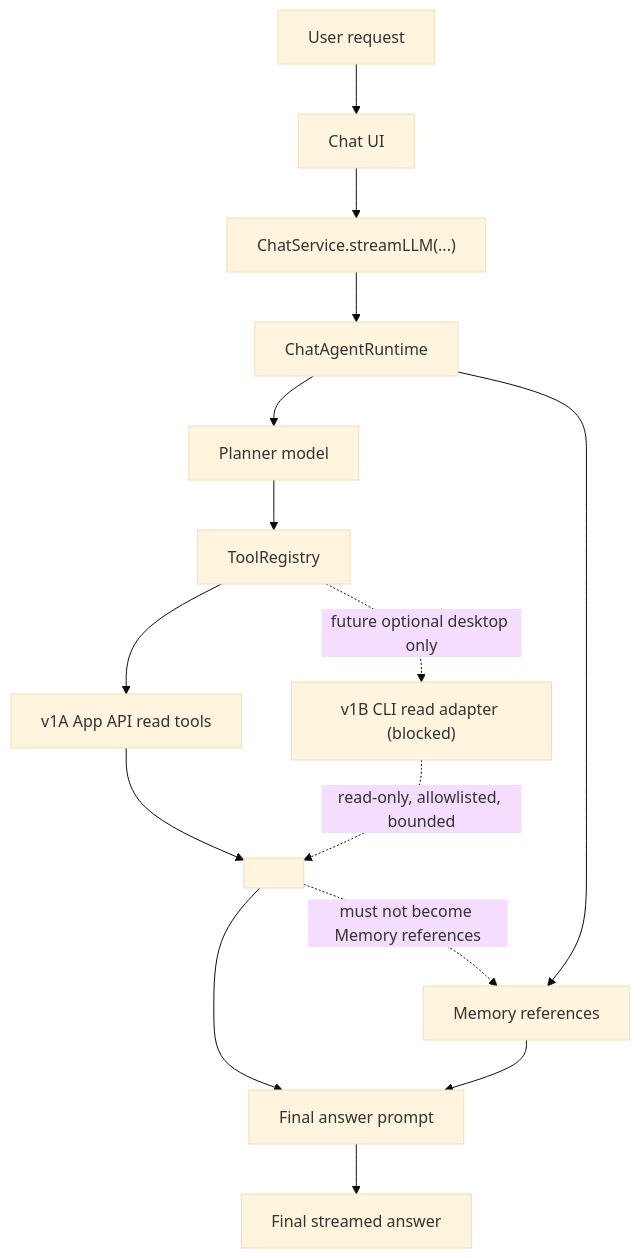
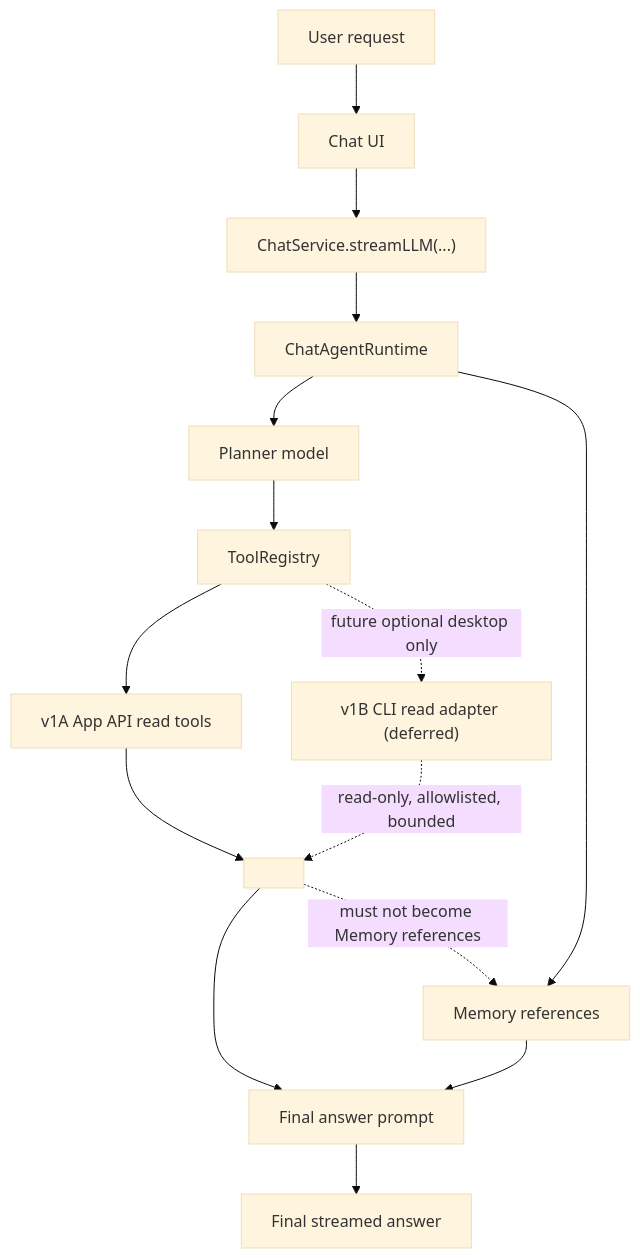
One commit to edonyzpc/personal-assistant changed the diagram in docs/obsidian-operations-agent-plan.md. Above: the diagram before and after it, drawn with Mermaid (base theme). The commit also changed other lines of this file and 1 other file, not shown here.

````diff
--- a/docs/obsidian-operations-agent-plan.md
+++ b/docs/obsidian-operations-agent-plan.md
@@ -32,27 +32,27 @@
 ```mermaid
 flowchart TD
   User["User request"]
   ChatView["Chat UI"]
   ChatService["ChatService.streamLLM(...)"]
   Runtime["ChatAgentRuntime"]
   Planner["Planner model"]
   Registry["ToolRegistry"]
   AppApi["v1A App API read tools"]
-  CliAdapter["v1B CLI read adapter (blocked)"]
+  CliAdapter["v1B CLI read adapter (deferred)"]
   ToolContext["<tool_context>"]
   MemoryRefs["Memory references"]
   FinalPrompt["Final answer prompt"]
   Answer["Final streamed answer"]
 
   User --> ChatView --> ChatService --> Runtime
   Runtime --> Planner
   Planner --> Registry
   Registry --> AppApi --> ToolContext
   Registry -. "future optional desktop only" .-> CliAdapter
   CliAdapter -. "read-only, allowlisted, bounded" .-> ToolContext
   Runtime --> MemoryRefs
   ToolContext --> FinalPrompt
   MemoryRefs --> FinalPrompt
   FinalPrompt --> Answer
   ToolContext -. "must not become Memory references" .-> MemoryRefs
 ```
````
